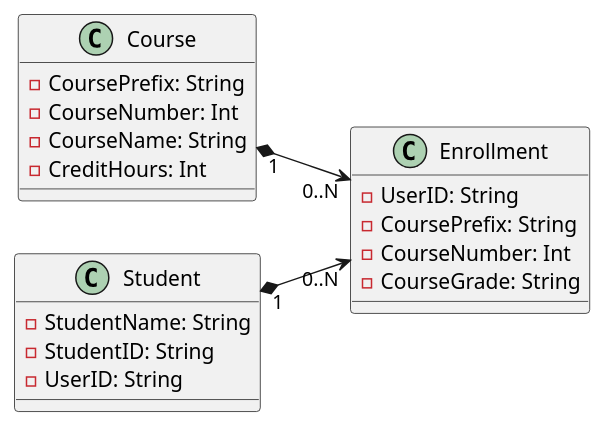
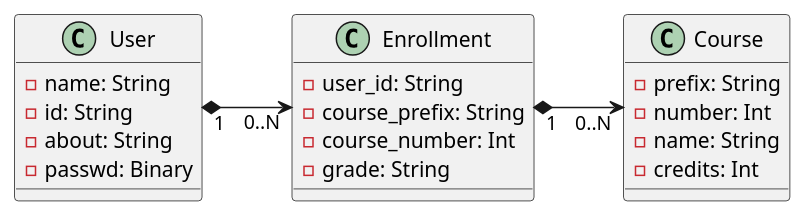
Before and after one commit to FrostyBagels/SWD_Proj1: the diagram in uml/class.wsd, drawn with PlantUML.

Commit message:
corrected class diagram based on feedback

```diff
--- a/uml/class.wsd
+++ b/uml/class.wsd
@@ -1,30 +1,29 @@
 @startuml class
 left to right direction
 
-
 class Course {
-    - CoursePrefix: String
-    - CourseNumber: Int
-    - CourseName: String
-    - CreditHours: Int
+    - prefix: String
+    - number: Int
+    - name: String
+    - credits: Int
 }
 
 class Enrollment{
-    - UserID: String
-    - CoursePrefix: String
-    - CourseNumber: Int
-    - CourseGrade: String
+    - user_id: String
+    - course_prefix: String
+    - course_number: Int
+    - grade: String
 
 }
 
-class Student{
-    - StudentName: String
-    - StudentID: String
-    - UserID: String
+class User {
+    - name: String
+    - id: String
+    - about: String
+    - passwd: Binary
 }
 
-Student "1" *--> "0..N" Enrollment
-Course "1" *--> "0..N" Enrollment
-
+User "1" *--> "0..N" Enrollment
+Enrollment "1" *--> "0..N" Course
 
 @enduml
```
